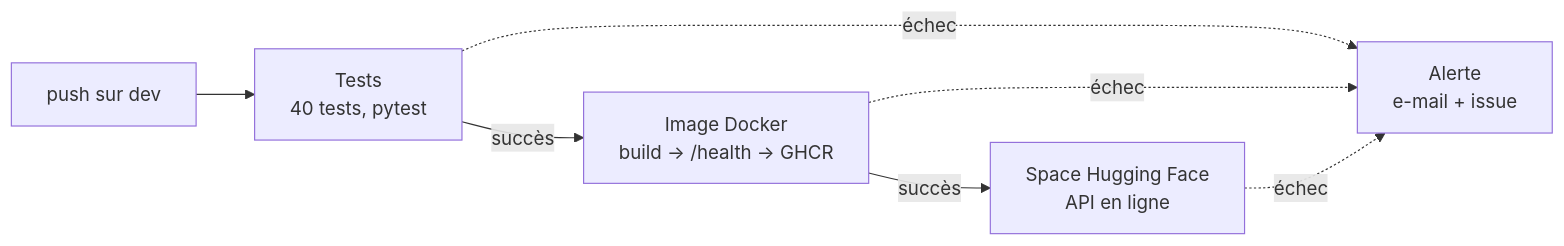
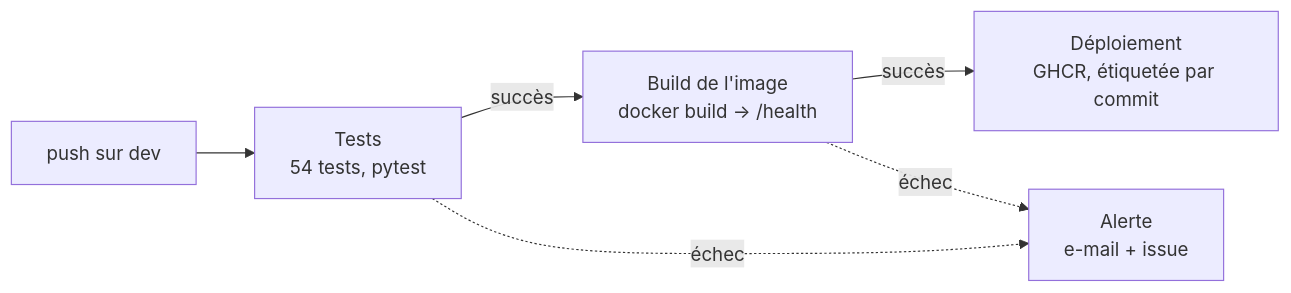
Before and after one commit to to-haladjian/OC_projet_DS_12: the diagram in README.md, drawn with Mermaid. The commit also changed other lines of this file and 4 other files, not shown here.

````diff
--- a/README.md
+++ b/README.md
@@ -336,11 +337,10 @@
 ```mermaid
 flowchart LR
     push["push sur dev"] --> tests
-    tests["Tests<br/>40 tests, pytest"] -->|succès| image
-    image["Image Docker<br/>build → /health → GHCR"] -->|succès| espace
-    espace["Space Hugging Face<br/>API en ligne"]
+    tests["Tests<br/>54 tests, pytest"] -->|succès| image
+    image["Build de l'image<br/>docker build → /health"] -->|succès| publication
+    publication["Déploiement<br/>GHCR, étiquetée par commit"]
     tests -. échec .-> alerte
     image -. échec .-> alerte
-    espace -. échec .-> alerte
     alerte["Alerte<br/>e-mail + issue"]
 ```
````
